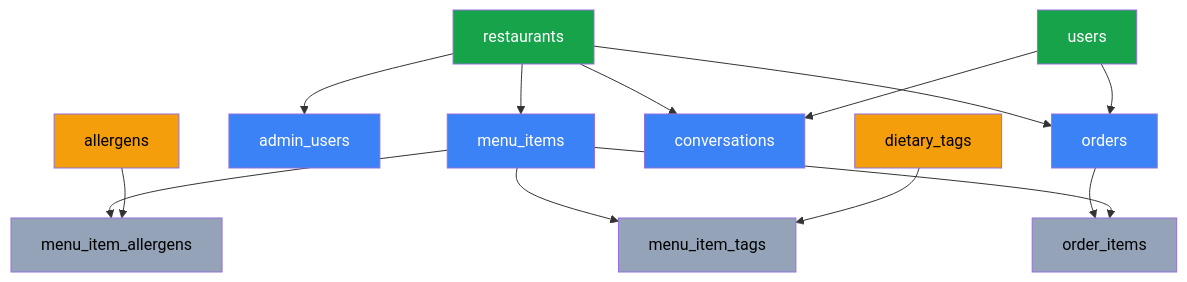
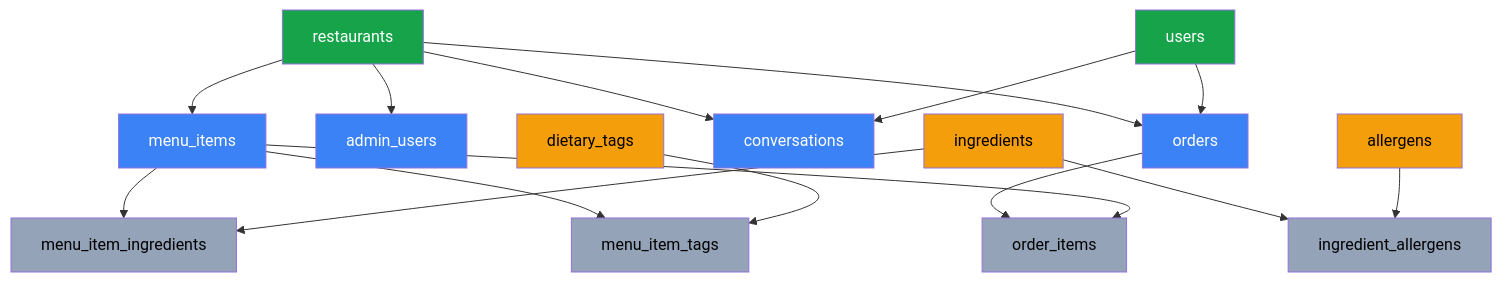
Before and after one commit to ConsoleCzar-2/SmartDiner: the first of 2 diagrams in README.md, drawn with Mermaid. The commit also changed other lines of this file and 6 other files, not shown here.

Commit message:
Added ingredient models and database seeding script for menu item management

````diff
--- a/README.md
+++ b/README.md
@@ -35,27 +37,31 @@
 ```mermaid
 flowchart TD
     R["restaurants"] --> MI["menu_items"]
     R --> AU["admin_users"]
     R --> O["orders"]
     R --> C["conversations"]
     U["users"] --> O
     U --> C
-    MI --> MIA["menu_item_allergens"]
-    A["allergens"] --> MIA
+    I["ingredients"] --> IA["ingredient_allergens"]
+    A["allergens"] --> IA
+    MI --> MII["menu_item_ingredients"]
+    I --> MII
     MI --> MIT["menu_item_tags"]
     DT["dietary_tags"] --> MIT
     O --> OI["order_items"]
     MI --> OI
     
     style R fill:#16a34a,color:#fff
     style U fill:#16a34a,color:#fff
     style A fill:#f59e0b,color:#000
     style DT fill:#f59e0b,color:#000
+    style I fill:#f59e0b,color:#000
     style MI fill:#3b82f6,color:#fff
     style AU fill:#3b82f6,color:#fff
     style O fill:#3b82f6,color:#fff
     style C fill:#3b82f6,color:#fff
-    style MIA fill:#94a3b8,color:#000
+    style MII fill:#94a3b8,color:#000
+    style IA fill:#94a3b8,color:#000
     style MIT fill:#94a3b8,color:#000
     style OI fill:#94a3b8,color:#000
 ```
````
